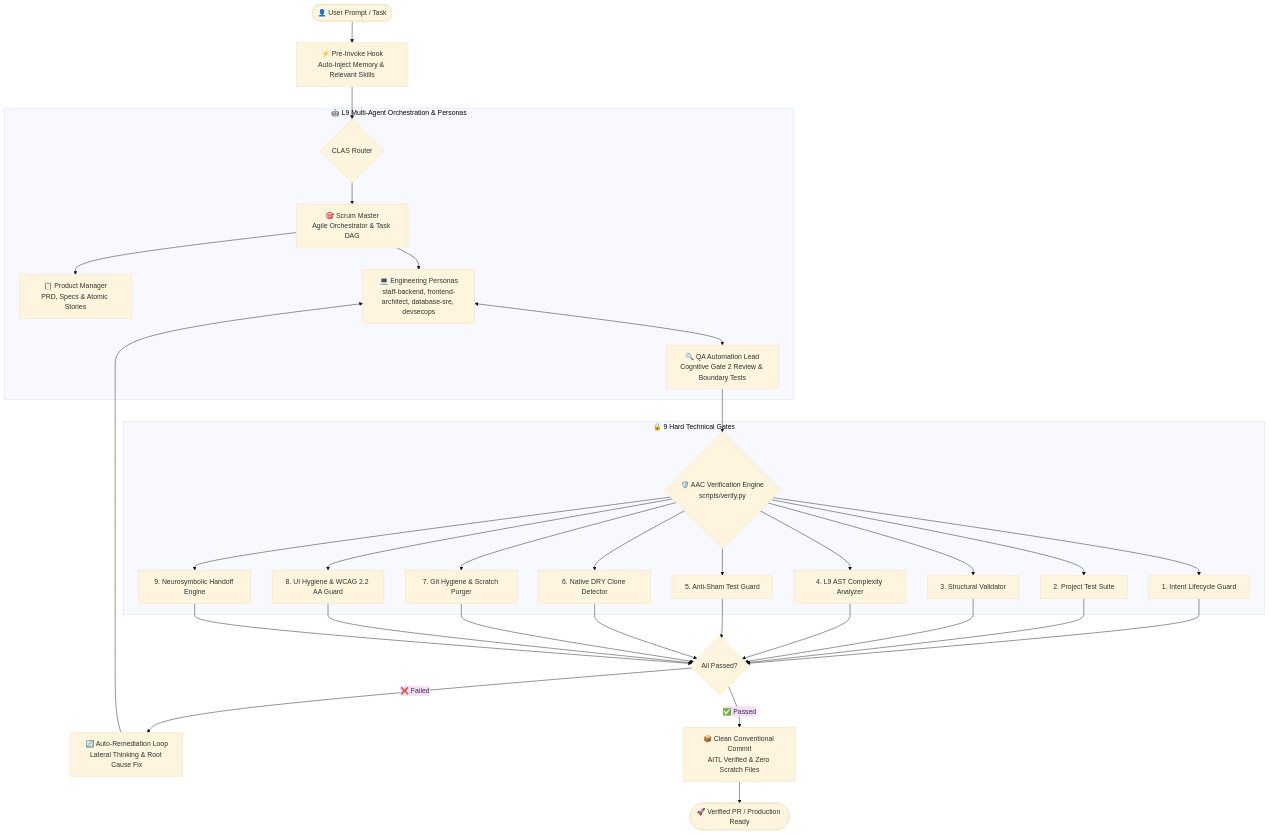
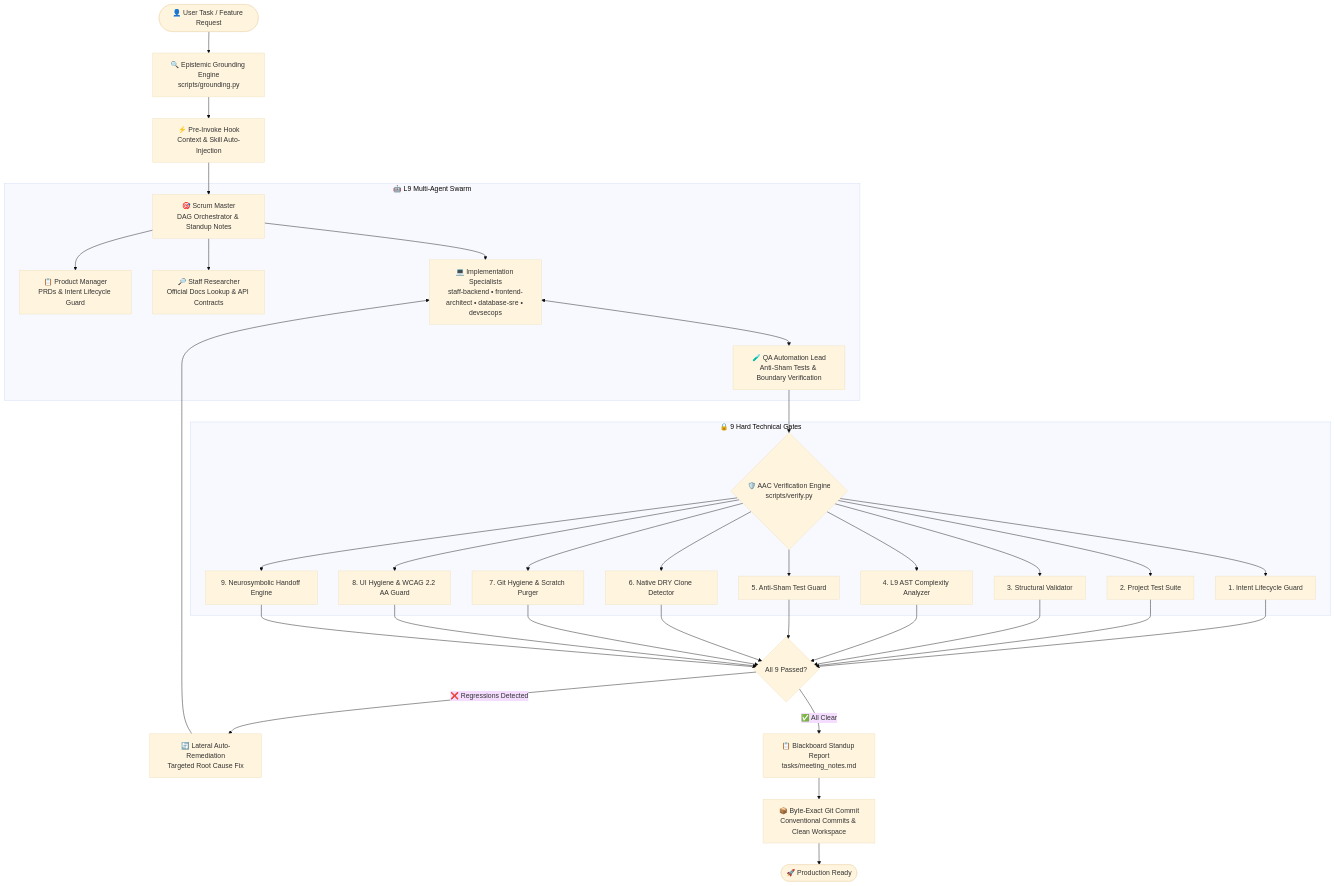
Before and after one commit to rafaelghif/antigravity-agents: the diagram in README.md, drawn with Mermaid (base theme). The commit also changed other lines of this file, not shown here.

````diff
--- a/README.md
+++ b/README.md
@@ -26,32 +42,34 @@
 ```mermaid
 flowchart TD
-    User([👤 User Prompt / Task]) --> PreHook[⚡ Pre-Invoke Hook<br/>Auto-Inject Memory & Relevant Skills]
-    PreHook --> Router{CLAS Router}
-    
-    subgraph MultiAgent [🤖 L9 Multi-Agent Orchestration & Personas]
-        Router --> ScrumMaster[🎯 Scrum Master<br/>Agile Orchestrator & Task DAG]
-        ScrumMaster --> ProductManager[📋 Product Manager<br/>PRD, Specs & Atomic Stories]
-        ScrumMaster --> DevTeam[💻 Engineering Personas<br/>staff-backend, frontend-architect, database-sre, devsecops]
-        DevTeam <--> QALead[🔍 QA Automation Lead<br/>Cognitive Gate 2 Review & Boundary Tests]
+    User([👤 User Task / Feature Request]) --> Ground[🔍 Epistemic Grounding Engine<br/>scripts/grounding.py]
+    Ground --> PreHook[⚡ Pre-Invoke Hook<br/>Context & Skill Auto-Injection]
+    PreHook --> ScrumMaster[🎯 Scrum Master<br/>DAG Orchestrator & Standup Notes]
+
+    subgraph Swarm [🤖 L9 Multi-Agent Swarm]
+        ScrumMaster --> PM[📋 Product Manager<br/>PRDs & Intent Lifecycle Guard]
+        ScrumMaster --> Research[🔎 Staff Researcher<br/>Official Docs Lookup & API Contracts]
+        ScrumMaster --> DevTeam[💻 Implementation Specialists<br/>staff-backend • frontend-architect • database-sre • devsecops]
+        DevTeam <--> QALead[🧪 QA Automation Lead<br/>Anti-Sham Tests & Boundary Verification]
     end
 
     QALead --> VerifyEngine{🛡️ AAC Verification Engine<br/>scripts/verify.py}
 
     subgraph Gates [🔒 9 Hard Technical Gates]
         VerifyEngine --> G1[1. Intent Lifecycle Guard]
         VerifyEngine --> G2[2. Project Test Suite]
         VerifyEngine --> G3[3. Structural Validator]
         VerifyEngine --> G4[4. L9 AST Complexity Analyzer]
         VerifyEngine --> G5[5. Anti-Sham Test Guard]
         VerifyEngine --> G6[6. Native DRY Clone Detector]
         VerifyEngine --> G7[7. Git Hygiene & Scratch Purger]
         VerifyEngine --> G8[8. UI Hygiene & WCAG 2.2 AA Guard]
         VerifyEngine --> G9[9. Neurosymbolic Handoff Engine]
     end
 
-    G1 & G2 & G3 & G4 & G5 & G6 & G7 & G8 & G9 --> GateCheck{All Passed?}
-    GateCheck -- ❌ Failed --> AutoFix[🔄 Auto-Remediation Loop<br/>Lateral Thinking & Root Cause Fix]
+    G1 & G2 & G3 & G4 & G5 & G6 & G7 & G8 & G9 --> GateCheck{All 9 Passed?}
+    GateCheck -- ❌ Regressions Detected --> AutoFix[🔄 Lateral Auto-Remediation<br/>Targeted Root Cause Fix]
     AutoFix --> DevTeam
-    GateCheck -- ✅ Passed --> GitCommit[📦 Clean Conventional Commit<br/>AITL Verified & Zero Scratch Files]
-    GitCommit --> Done([🚀 Verified PR / Production Ready])
+    GateCheck -- ✅ All Clear --> Blackboard[📋 Blackboard Standup Report<br/>tasks/meeting_notes.md]
+    Blackboard --> GitCommit[📦 Byte-Exact Git Commit<br/>Conventional Commits & Clean Workspace]
+    GitCommit --> Production([🚀 Production Ready])
 ```
````
